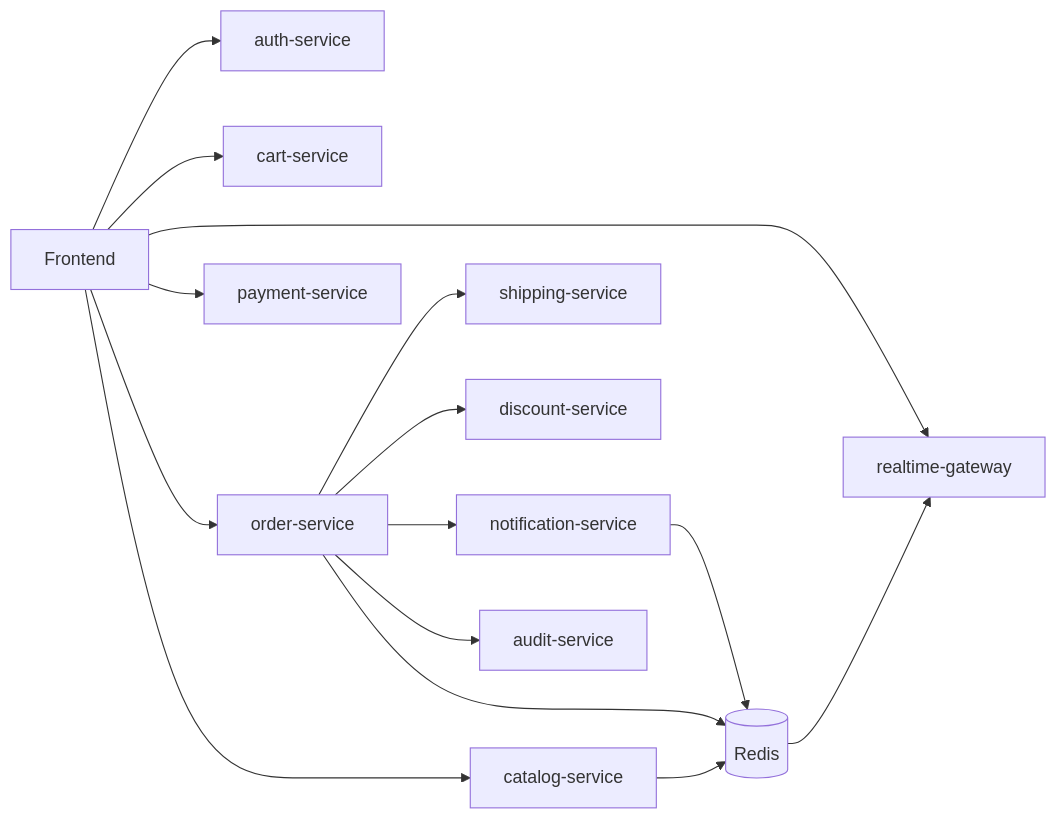
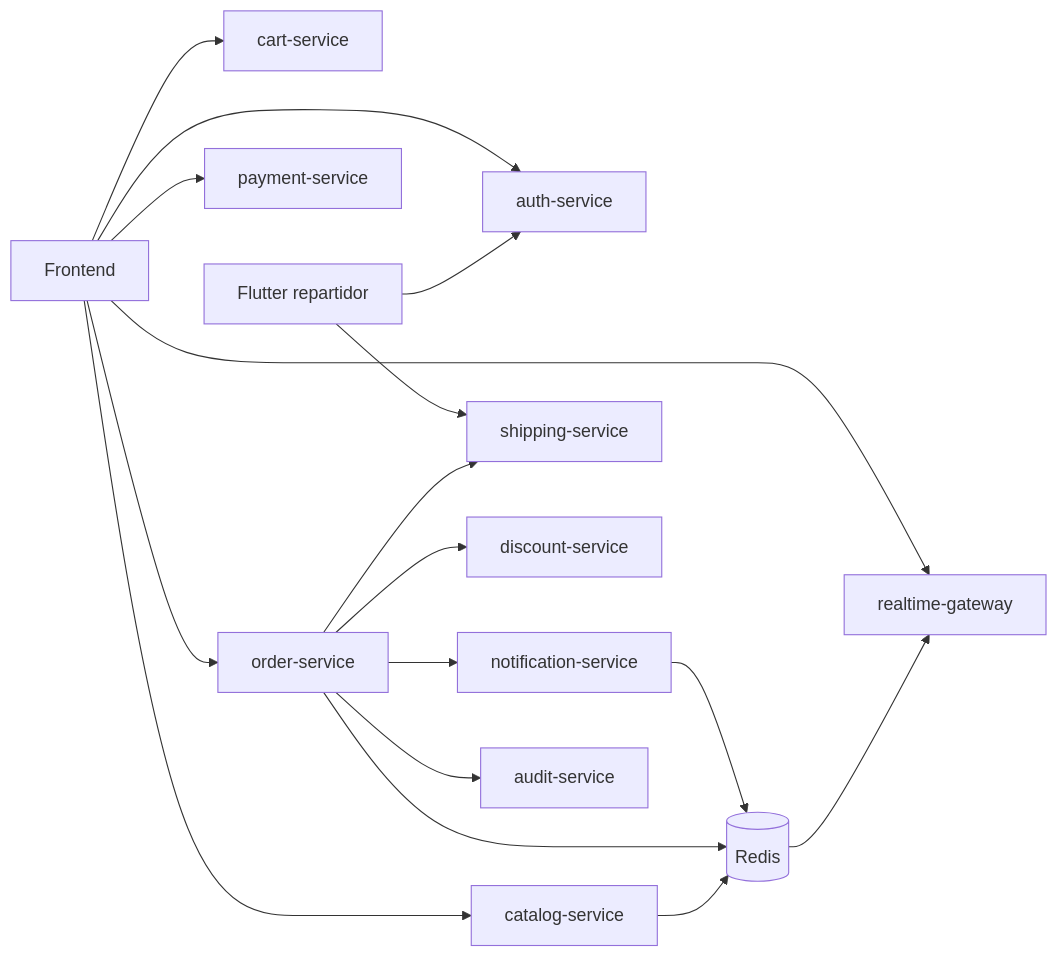
Before and after one commit to Braian551/Angelow_microservices: the diagram in docs/README.md, drawn with Mermaid. The commit also changed other lines of this file and 456 other files, not shown here.

````diff
--- a/docs/README.md
+++ b/docs/README.md
@@ -39,19 +46,22 @@
 ```mermaid
 flowchart LR
   FE[Frontend] --> AUTH[auth-service]
   FE --> CAT[catalog-service]
   FE --> CART[cart-service]
   FE --> ORD[order-service]
   FE --> PAY[payment-service]
+
+  MOBILE[Flutter repartidor] --> AUTH
+  MOBILE --> SHIP
 
   ORD --> SHIP[shipping-service]
   ORD --> DISC[discount-service]
   ORD --> NOTI[notification-service]
   ORD --> AUD[audit-service]
 
   FE --> GW[realtime-gateway]
   NOTI --> REDIS[(Redis)]
   ORD --> REDIS
   CAT --> REDIS
   REDIS --> GW
 ```
````
